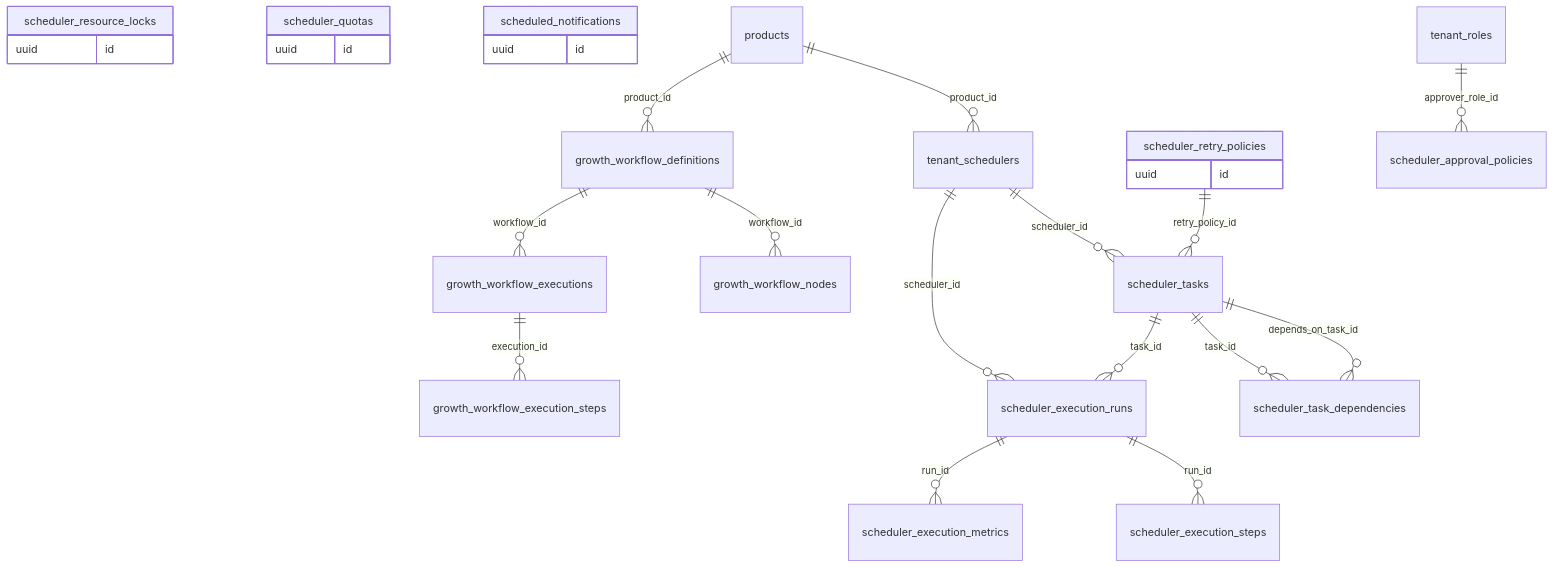
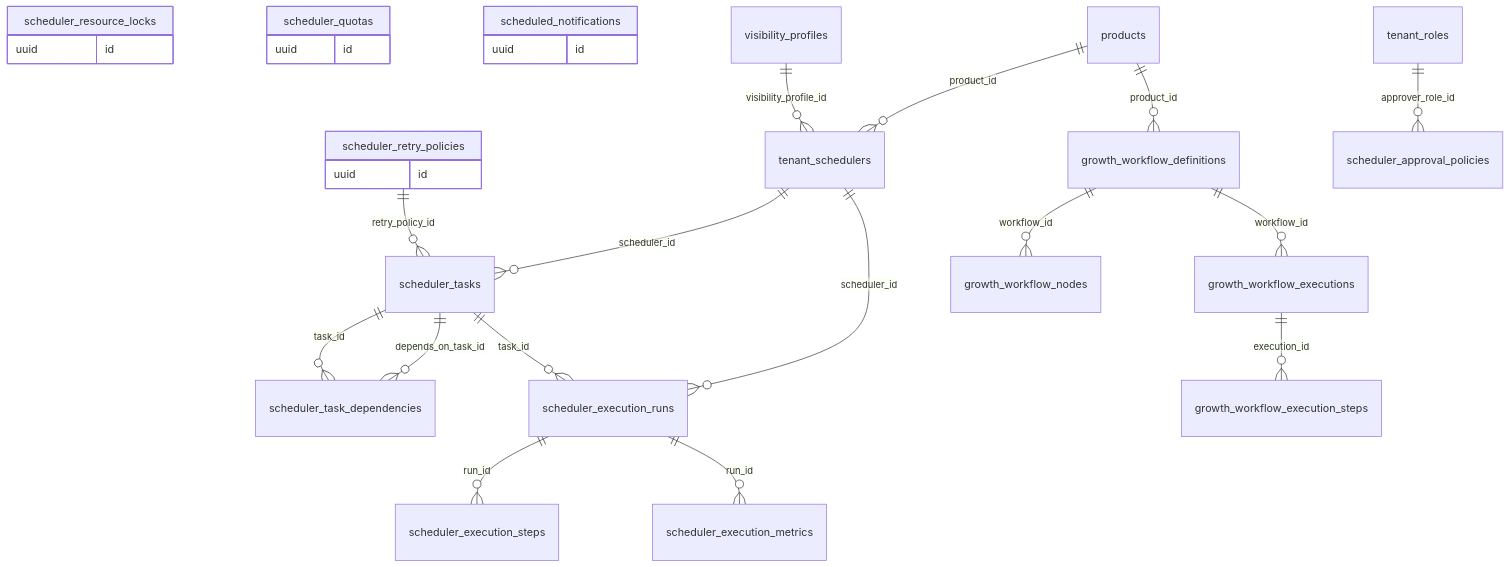
Before and after one commit to yassineelhif5-pixel/Grouth-IA: the sixth of 22 diagrams in docs/database/ERD.md, drawn with Mermaid. The commit also changed other lines of this file and 34 other files, not shown here.

First line of the commit message:
feat: user licences (PILOTE allocations, admin assignment, module access), user creation, visibility programmes (AI site + competitor audit, recommendations, generated technical files, roadmap, validation → standard/intelligent schedulers, SEO/GEO assistant, KPIs, AI visibility)

````diff
--- a/docs/database/ERD.md
+++ b/docs/database/ERD.md
@@ -136,21 +140,22 @@
 ```mermaid
 erDiagram
     scheduler_retry_policies { uuid id }
     scheduler_resource_locks { uuid id }
     scheduler_quotas { uuid id }
     scheduled_notifications { uuid id }
     growth_workflow_definitions ||--o{ growth_workflow_executions : workflow_id
     growth_workflow_definitions ||--o{ growth_workflow_nodes : workflow_id
     growth_workflow_executions ||--o{ growth_workflow_execution_steps : execution_id
     products ||--o{ growth_workflow_definitions : product_id
     products ||--o{ tenant_schedulers : product_id
     scheduler_execution_runs ||--o{ scheduler_execution_metrics : run_id
     scheduler_execution_runs ||--o{ scheduler_execution_steps : run_id
     scheduler_retry_policies ||--o{ scheduler_tasks : retry_policy_id
     scheduler_tasks ||--o{ scheduler_execution_runs : task_id
     scheduler_tasks ||--o{ scheduler_task_dependencies : depends_on_task_id
     scheduler_tasks ||--o{ scheduler_task_dependencies : task_id
     tenant_roles ||--o{ scheduler_approval_policies : approver_role_id
     tenant_schedulers ||--o{ scheduler_execution_runs : scheduler_id
     tenant_schedulers ||--o{ scheduler_tasks : scheduler_id
+    visibility_profiles ||--o{ tenant_schedulers : visibility_profile_id
 ```
````
